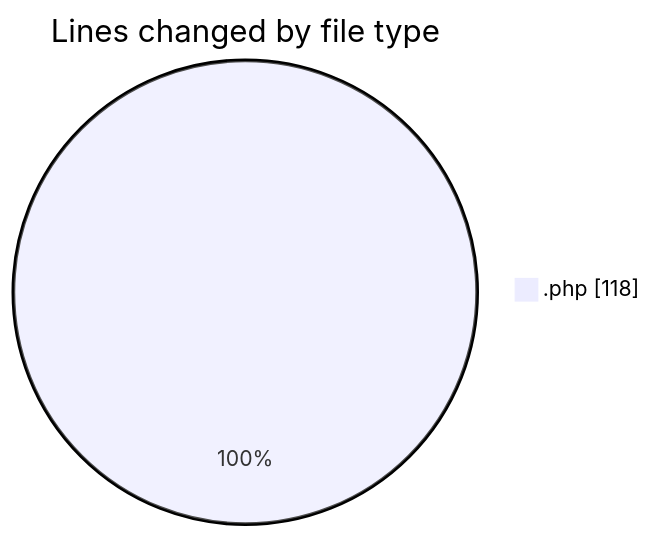
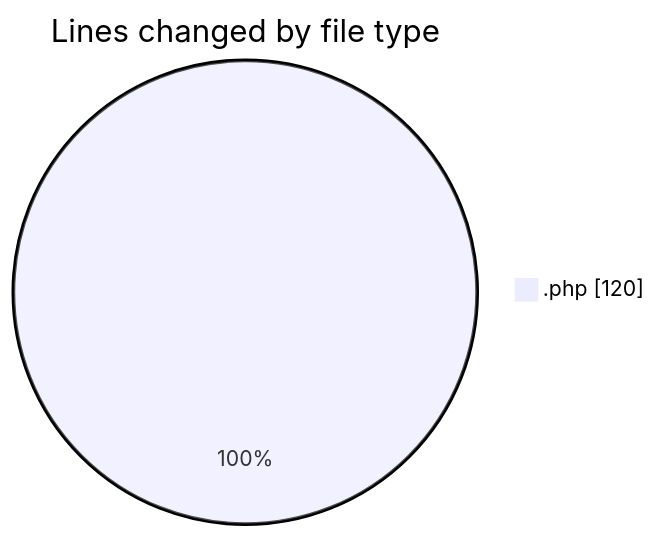
Before and after one commit to LanceThiago/code-tracking: the first of 2 diagrams in 2026-09-09/web/README.md, drawn with Mermaid. The commit also changed other lines of this file and 1 other file, not shown here.

````diff
--- a/2026-09-09/web/README.md
+++ b/2026-09-09/web/README.md
@@ -20,5 +20,5 @@
 ```mermaid
 pie showData
 title Lines changed by file type
-".php" : 118
+".php" : 120
 ```
````
